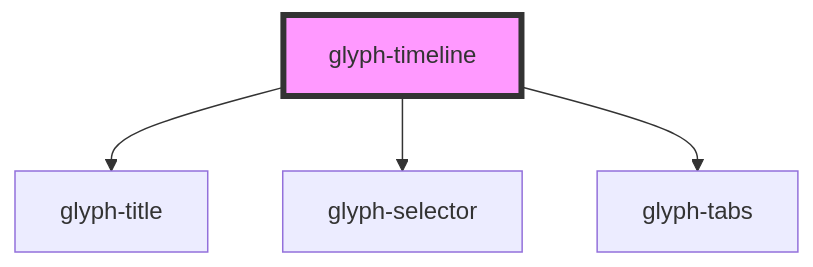
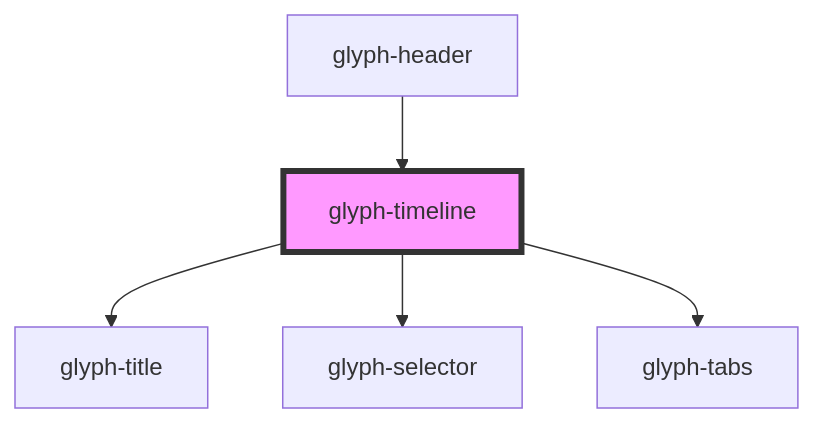
The diagram in packages/glyph-components/src/components/timeline/readme.md (adrianiy/synth-ui), drawn with Mermaid before and after one commit. The commit also changed other lines of this file and 11 other files, not shown here.

````diff
--- a/packages/glyph-components/src/components/timeline/readme.md
+++ b/packages/glyph-components/src/components/timeline/readme.md
@@ -27,7 +32,8 @@
 ```mermaid
 graph TD;
   glyph-timeline --> glyph-title
   glyph-timeline --> glyph-selector
   glyph-timeline --> glyph-tabs
+  glyph-header --> glyph-timeline
   style glyph-timeline fill:#f9f,stroke:#333,stroke-width:4px
 ```
````
